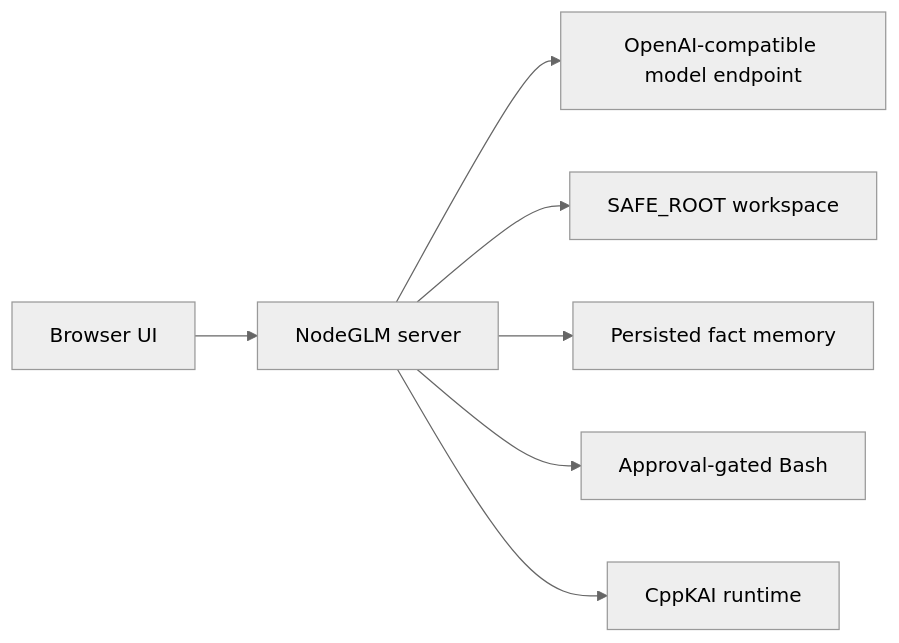
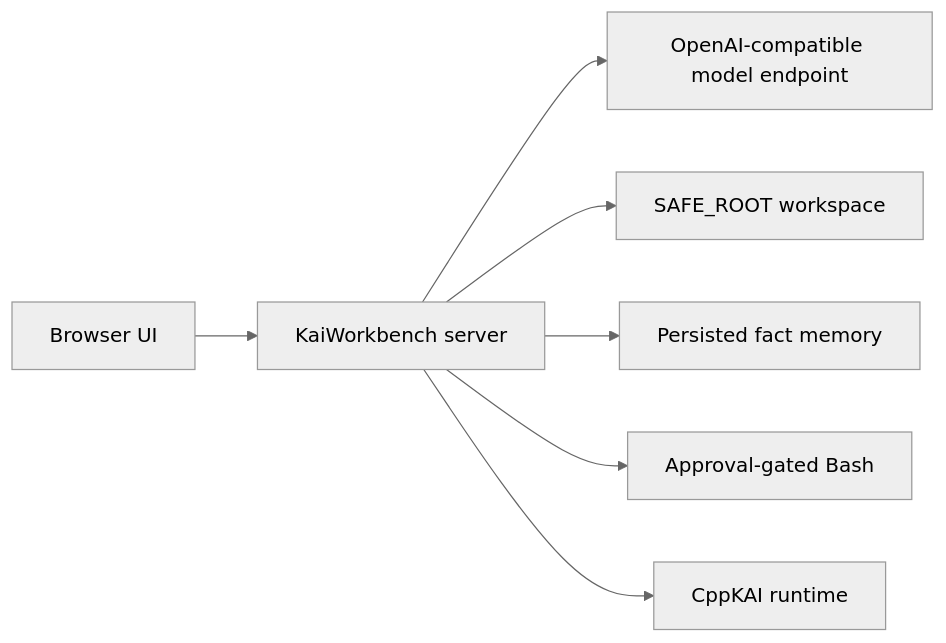
Before and after one commit to cschladetsch/NodeGLM-5: the first of 2 diagrams in Post.md, drawn with Mermaid (neutral theme). The commit also changed other lines of this file and 17 other files, not shown here.

Commit message:
Rename app to KaiWorkbench

````diff
--- a/Post.md
+++ b/Post.md
@@ -49,9 +49,9 @@
 ```mermaid
 flowchart LR
-    Browser["Browser UI"] --> Server["NodeGLM server"]
+    Browser["Browser UI"] --> Server["KaiWorkbench server"]
     Server --> Model["OpenAI-compatible model endpoint"]
     Server --> Files["SAFE_ROOT workspace"]
     Server --> Memory["Persisted fact memory"]
     Server --> Shell["Approval-gated Bash"]
     Server --> Kai["CppKAI runtime"]
 ```
````
